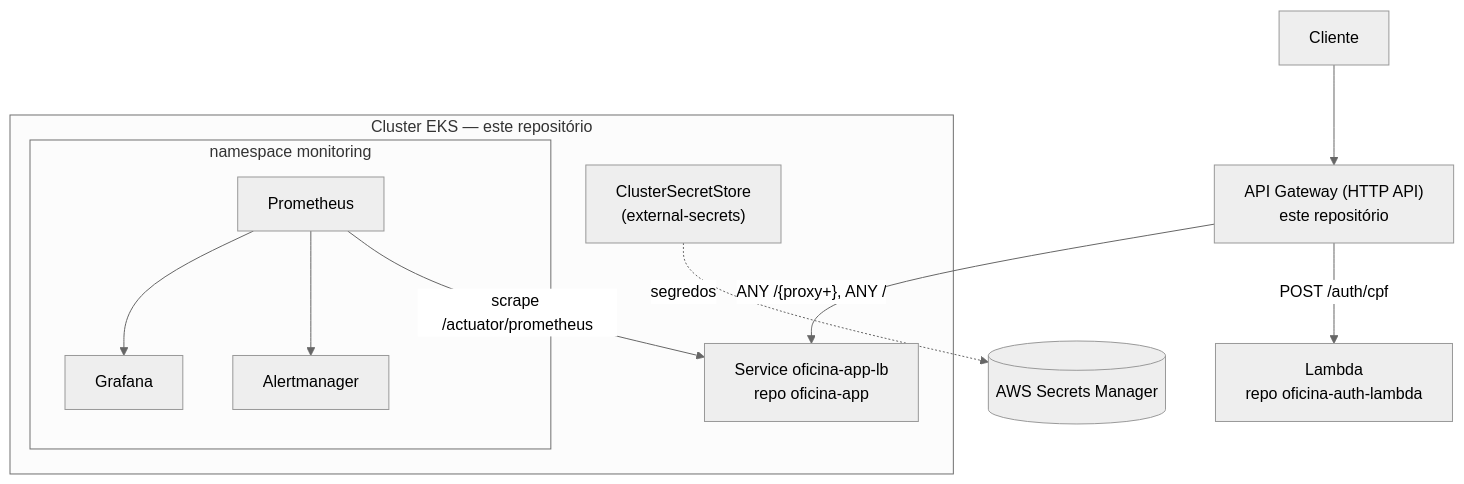
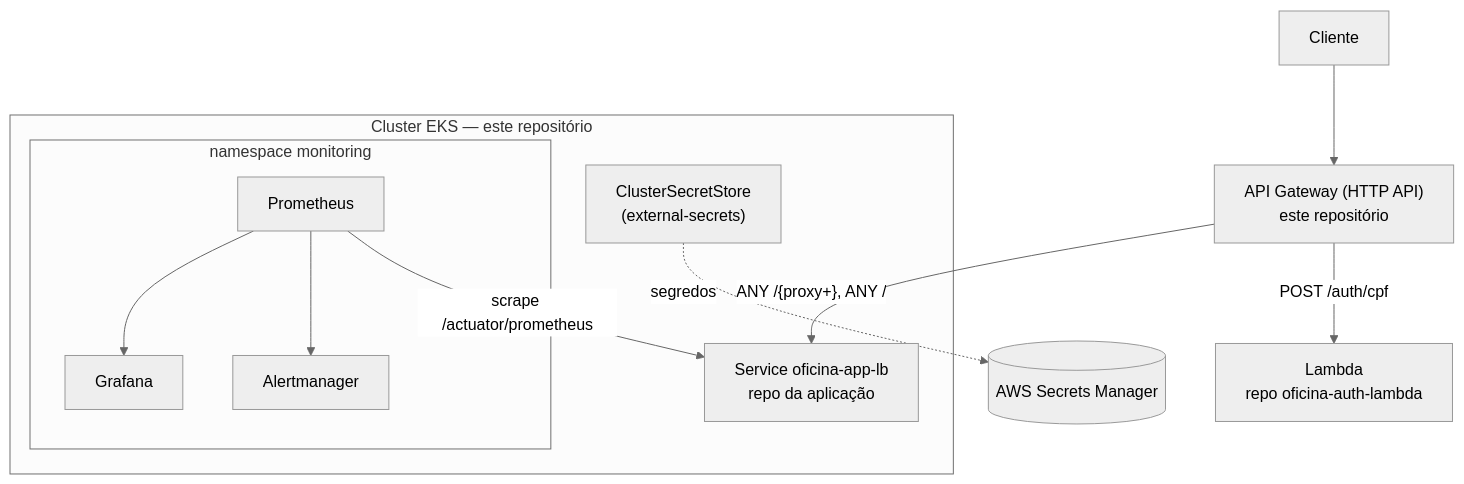
Before and after one commit to gabrielivo01/oficina-infra-k8s: the diagram in README.md, drawn with Mermaid (neutral theme). The commit also changed other lines of this file, not shown here.

````diff
--- a/README.md
+++ b/README.md
@@ -83,18 +342,18 @@
 ```mermaid
 graph TB
     cliente[Cliente] --> gw["API Gateway (HTTP API)\neste repositório"]
     gw -->|"POST /auth/cpf"| lambda["Lambda\nrepo oficina-auth-lambda"]
-    gw -->|"ANY /{proxy+}, ANY /"| appLB["Service oficina-app-lb\nrepo oficina-app"]
+    gw -->|"ANY /{proxy+}, ANY /"| appLB["Service oficina-app-lb\nrepo da aplicação"]
 
     subgraph eks["Cluster EKS — este repositório"]
         appLB
         subgraph monitoring["namespace monitoring"]
             prometheus[Prometheus] --> grafana[Grafana]
             prometheus --> alertmanager[Alertmanager]
         end
         css["ClusterSecretStore\n(external-secrets)"]
     end
 
     prometheus -->|scrape /actuator/prometheus| appLB
     css -.->|segredos| secretsmgr[(AWS Secrets Manager)]
 ```
````
